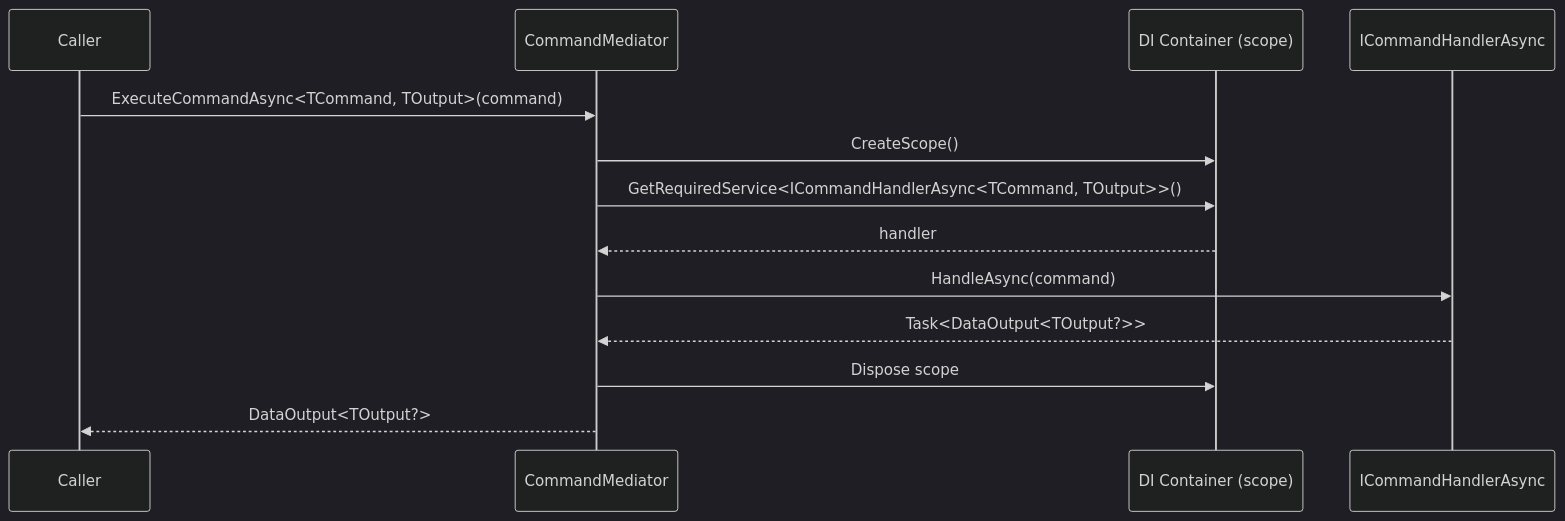
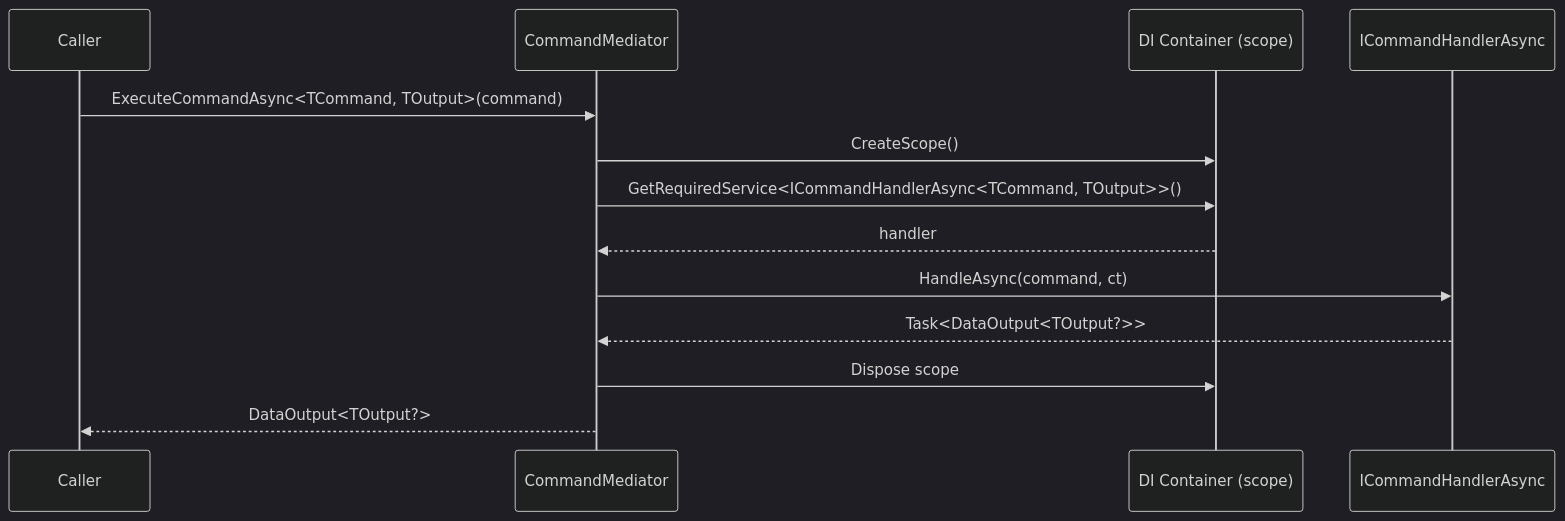
Before and after one commit to artur-rios/dotnet-mediator: the third of 3 diagrams in docs/content/en/docs/command-architecture.md, drawn with Mermaid (dark theme). The commit also changed other lines of this file and 14 other files, not shown here.

````diff
--- a/docs/content/en/docs/command-architecture.md
+++ b/docs/content/en/docs/command-architecture.md
@@ -147,16 +147,16 @@
 ```mermaid
 sequenceDiagram
     participant Caller
     participant CommandMediator
     participant DI as DI Container (scope)
     participant Handler as ICommandHandlerAsync
 
     Caller->>CommandMediator: ExecuteCommandAsync<TCommand, TOutput>(command)
     CommandMediator->>DI: CreateScope()
     CommandMediator->>DI: GetRequiredService<ICommandHandlerAsync<TCommand, TOutput>>()
     DI-->>CommandMediator: handler
-    CommandMediator->>Handler: HandleAsync(command)
+    CommandMediator->>Handler: HandleAsync(command, ct)
     Handler-->>CommandMediator: Task<DataOutput<TOutput?>>
     CommandMediator->>DI: Dispose scope
     CommandMediator-->>Caller: DataOutput<TOutput?>
 ```
````
